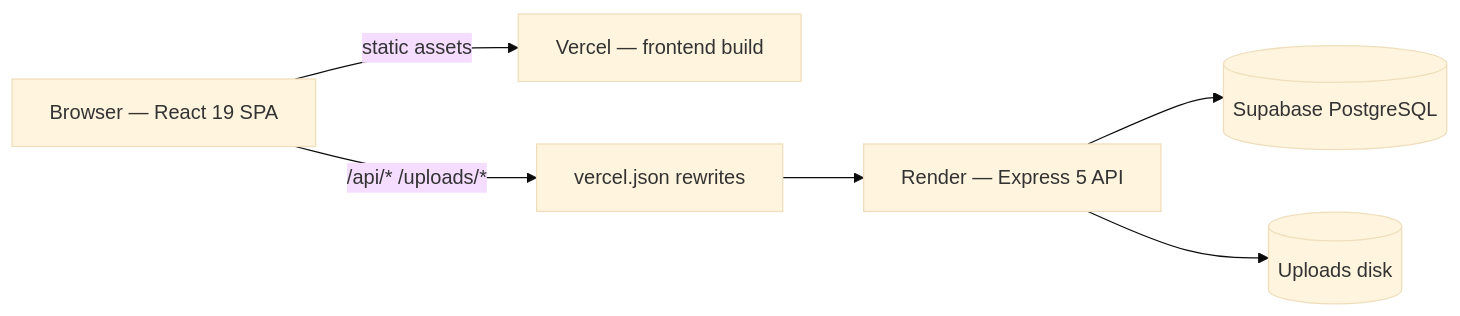
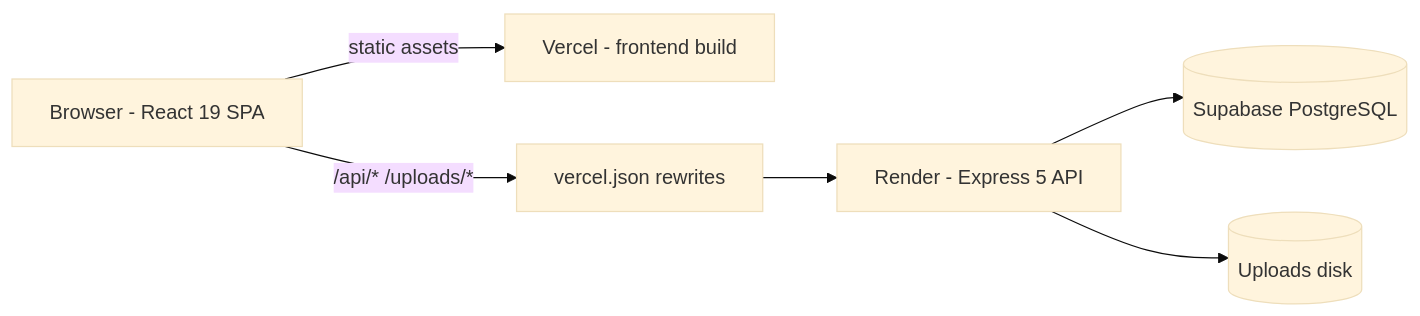
One commit to KMDS21/DayTripGo-Visit-Planner-and-Information-System changed the diagram in README.md. Above: the diagram before and after it, drawn with Mermaid (base theme). The commit also changed other lines of this file, not shown here.

````diff
--- a/README.md
+++ b/README.md
@@ -106,9 +106,9 @@
 ```mermaid
 flowchart LR
-    B["Browser — React 19 SPA"]
-    B -->|"static assets"| V["Vercel — frontend build"]
+    B["Browser - React 19 SPA"]
+    B -->|"static assets"| V["Vercel - frontend build"]
     B -->|"/api/*  /uploads/*"| R["vercel.json rewrites"]
-    R --> E["Render — Express 5 API"]
+    R --> E["Render - Express 5 API"]
     E --> S[("Supabase PostgreSQL")]
     E --> U[("Uploads disk")]
 ```
````
